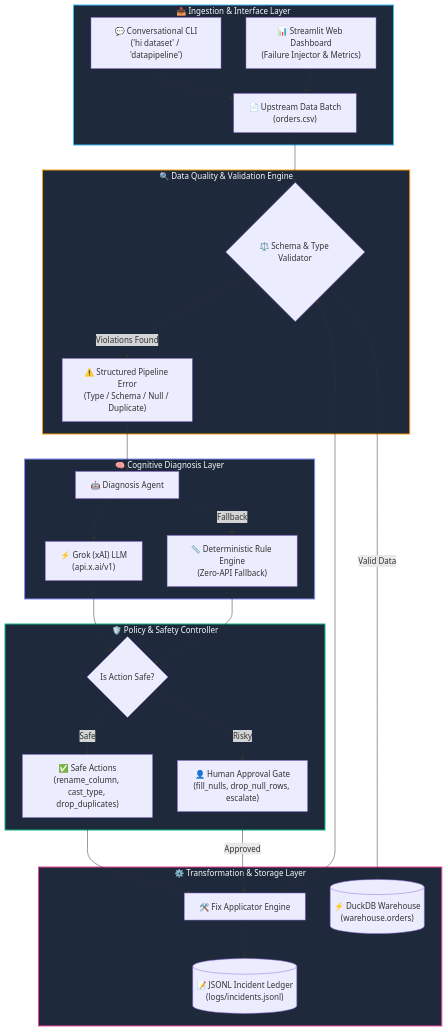
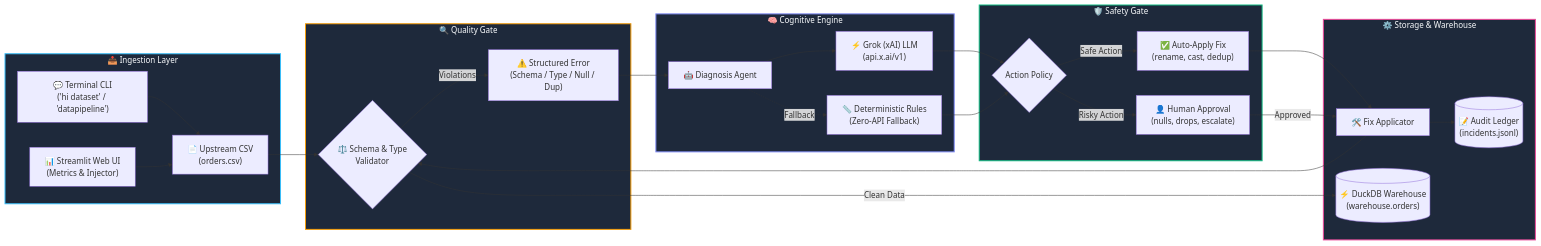
The diagram in README.md (girish-indurkar/self-healing-data-pipeline), drawn with Mermaid before and after one commit. The commit also changed other lines of this file, not shown here.

Commit message:
docs: enhance CLI section, add TOC, horizontal architecture diagram and streamlined setup

````diff
--- a/README.md
+++ b/README.md
@@ -100,54 +118,54 @@
 ```mermaid
-flowchart TD
-    subgraph INGESTION ["📥 Ingestion & Interface Layer"]
-        CLI["💬 Conversational CLI<br/>('hi dataset' / 'datapipeline')"]
-        UI["📊 Streamlit Web Dashboard<br/>(Failure Injector & Metrics)"]
-        CSV["📄 Upstream Data Batch<br/>(orders.csv)"]
+flowchart LR
+    subgraph INGESTION ["📥 Ingestion Layer"]
+        CLI["💬 Terminal CLI<br/>('hi dataset' / 'datapipeline')"]
+        UI["📊 Streamlit Web UI<br/>(Metrics & Injector)"]
+        CSV["📄 Upstream CSV<br/>(orders.csv)"]
     end
 
-    subgraph QUALITY_GATE ["🔍 Data Quality & Validation Engine"]
-        VAL{"⚖️ Schema & Type Validator"}
-        ERR["⚠️ Structured Pipeline Error<br/>(Type / Schema / Null / Duplicate)"]
+    subgraph VALIDATION ["🔍 Quality Gate"]
+        VAL{"⚖️ Schema & Type<br/>Validator"}
+        ERR["⚠️ Structured Error<br/>(Schema / Type / Null / Dup)"]
     end
 
-    subgraph COGNITIVE_LAYER ["🧠 Cognitive Diagnosis Layer"]
+    subgraph COGNITIVE ["🧠 Cognitive Engine"]
         AGENT["🤖 Diagnosis Agent"]
         GROK["⚡ Grok (xAI) LLM<br/>(api.x.ai/v1)"]
-        RULES["📏 Deterministic Rule Engine<br/>(Zero-API Fallback)"]
+        RULES["📏 Deterministic Rules<br/>(Zero-API Fallback)"]
     end
 
-    subgraph SAFETY_GATE ["🛡️ Policy & Safety Controller"]
-        GATE{"Is Action Safe?"}
-        AUTO["✅ Safe Actions<br/>(rename_column, cast_type, drop_duplicates)"]
-        HUMAN["👤 Human Approval Gate<br/>(fill_nulls, drop_null_rows, escalate)"]
+    subgraph SAFETY ["🛡️ Safety Gate"]
+        GATE{"Action Policy"}
+        AUTO["✅ Auto-Apply Fix<br/>(rename, cast, dedup)"]
+        HUMAN["👤 Human Approval<br/>(nulls, drops, escalate)"]
     end
 
-    subgraph EXECUTION ["⚙️ Transformation & Storage Layer"]
-        FIX["🛠️ Fix Applicator Engine"]
+    subgraph STORAGE ["⚙️ Storage & Warehouse"]
+        FIX["🛠️ Fix Applicator"]
         WAREHOUSE[("⚡ DuckDB Warehouse<br/>(warehouse.orders)")]
-        LOGS[("📝 JSONL Incident Ledger<br/>(logs/incidents.jsonl)")]
+        LOGS[("📝 Audit Ledger<br/>(incidents.jsonl)")]
     end
 
     CLI --> CSV
     UI --> CSV
     CSV --> VAL
-    VAL -- "Valid Data" --> WAREHOUSE
-    VAL -- "Violations Found" --> ERR
+    VAL -- "Clean Data" --> WAREHOUSE
+    VAL -- "Violations" --> ERR
     ERR --> AGENT
     AGENT --> GROK
     AGENT -.->|Fallback| RULES
     GROK --> GATE
     RULES --> GATE
-    GATE -- "Safe" --> AUTO
-    GATE -- "Risky" --> HUMAN
+    GATE -- "Safe Action" --> AUTO
+    GATE -- "Risky Action" --> HUMAN
     AUTO --> FIX
     HUMAN -- "Approved" --> FIX
     FIX --> VAL
     FIX --> LOGS
 
     style INGESTION fill:#1E293B,stroke:#38BDF8,stroke-width:2px,color:#F8FAFC
-    style QUALITY_GATE fill:#1E293B,stroke:#F59E0B,stroke-width:2px,color:#F8FAFC
-    style COGNITIVE_LAYER fill:#1E293B,stroke:#818CF8,stroke-width:2px,color:#F8FAFC
-    style SAFETY_GATE fill:#1E293B,stroke:#10B981,stroke-width:2px,color:#F8FAFC
-    style EXECUTION fill:#1E293B,stroke:#EC4899,stroke-width:2px,color:#F8FAFC
+    style VALIDATION fill:#1E293B,stroke:#F59E0B,stroke-width:2px,color:#F8FAFC
+    style COGNITIVE fill:#1E293B,stroke:#818CF8,stroke-width:2px,color:#F8FAFC
+    style SAFETY fill:#1E293B,stroke:#10B981,stroke-width:2px,color:#F8FAFC
+    style STORAGE fill:#1E293B,stroke:#EC4899,stroke-width:2px,color:#F8FAFC
 ```
````
